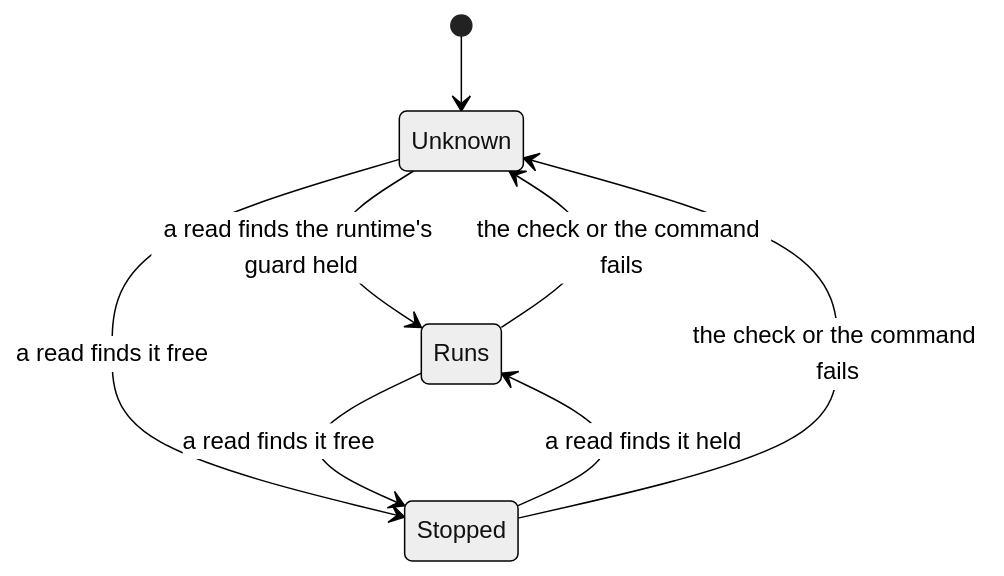
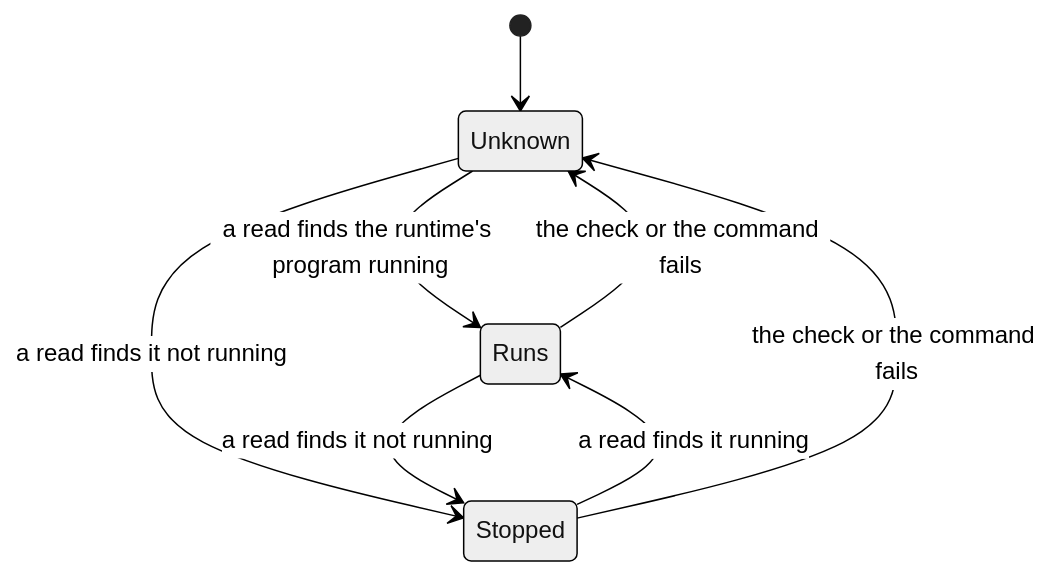
Diagram 21 of 45 in wiki/State-machines.md (TheLunchTrae/appy-tappy), drawn with Mermaid (neutral theme) before and after one commit. The commit also changed other lines of this file and 11 other files, not shown here.

First line of the commit message:
fix(setup): check the runtime without opening its guard

````diff
--- a/wiki/State-machines.md
+++ b/wiki/State-machines.md
@@ -1353,10 +1354,10 @@
 ```mermaid
 stateDiagram-v2
     [*] --> Unknown
-    Unknown --> Runs: a read finds the runtime's guard held
-    Unknown --> Stopped: a read finds it free
-    Runs --> Stopped: a read finds it free
-    Stopped --> Runs: a read finds it held
+    Unknown --> Runs: a read finds the runtime's program running
+    Unknown --> Stopped: a read finds it not running
+    Runs --> Stopped: a read finds it not running
+    Stopped --> Runs: a read finds it running
     Runs --> Unknown: the check or the command fails
     Stopped --> Unknown: the check or the command fails
 ```
````
